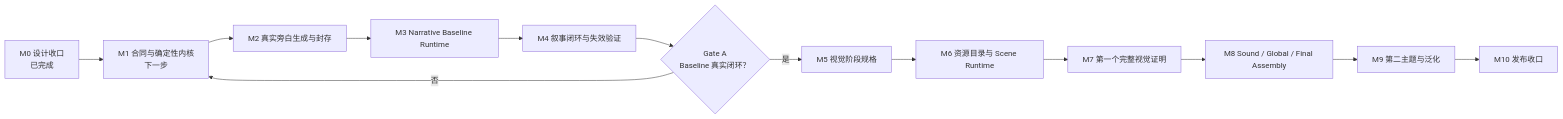
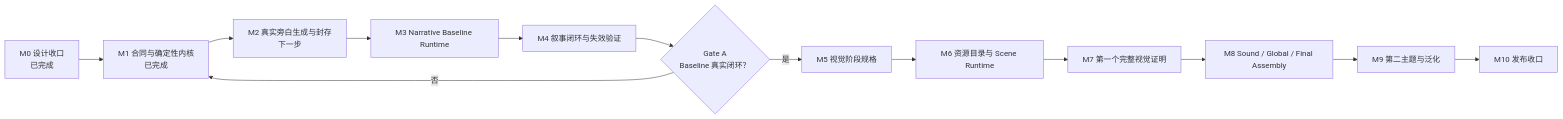
One commit to AXMORF/axmorf-studio changed the diagram in docs/ROADMAP.md. Above: the diagram before and after it, drawn with Mermaid. The commit also changed other lines of this file and 6 other files, not shown here.

````diff
--- a/docs/ROADMAP.md
+++ b/docs/ROADMAP.md
@@ -44,15 +43,15 @@
 ```mermaid
 flowchart LR
-    M0["M0 设计收口<br/>已完成"] --> M1["M1 合同与确定性内核<br/>下一步"]
-    M1 --> M2["M2 真实旁白生成与封存"]
+    M0["M0 设计收口<br/>已完成"] --> M1["M1 合同与确定性内核<br/>已完成"]
+    M1 --> M2["M2 真实旁白生成与封存<br/>下一步"]
     M2 --> M3["M3 Narrative Baseline Runtime"]
     M3 --> M4["M4 叙事闭环与失效验证"]
     M4 --> G1{"Gate A<br/>Baseline 真实闭环？"}
     G1 -->|"是"| M5["M5 视觉阶段规格"]
     G1 -->|"否"| M1
     M5 --> M6["M6 资源目录与 Scene Runtime"]
     M6 --> M7["M7 第一个完整视觉证明"]
     M7 --> M8["M8 Sound / Global / Final Assembly"]
     M8 --> M9["M9 第二主题与泛化"]
     M9 --> M10["M10 发布收口"]
 ```
````
